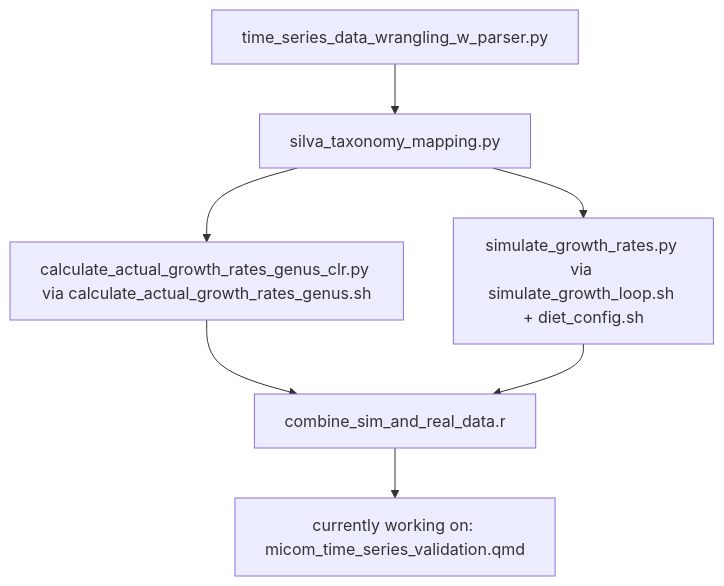
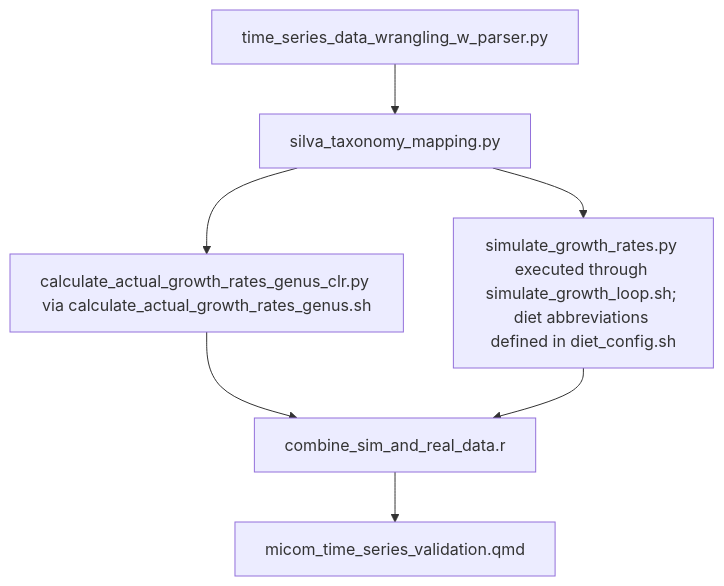
One commit to lozuponelab/micom-time-series changed the diagram in README.md. Above: the diagram before and after it, drawn with Mermaid. The commit also changed other lines of this file, not shown here.

````diff
--- a/README.md
+++ b/README.md
@@ -153,16 +264,16 @@
 ```mermaid
 flowchart TD
     A --> B
     B --> C
     B --> D
     C --> E
     D --> E
     E --> F
 
     A[time_series_data_wrangling_w_parser.py]
     B[silva_taxonomy_mapping.py]
     C[calculate_actual_growth_rates_genus_clr.py via calculate_actual_growth_rates_genus.sh]
-    D[simulate_growth_rates.py via simulate_growth_loop.sh + diet_config.sh]
+    D[simulate_growth_rates.py executed through simulate_growth_loop.sh; diet abbreviations defined in diet_config.sh]
     E[combine_sim_and_real_data.r]
-    F[currently working on: micom_time_series_validation.qmd]
+    F[micom_time_series_validation.qmd]
 ```
````
